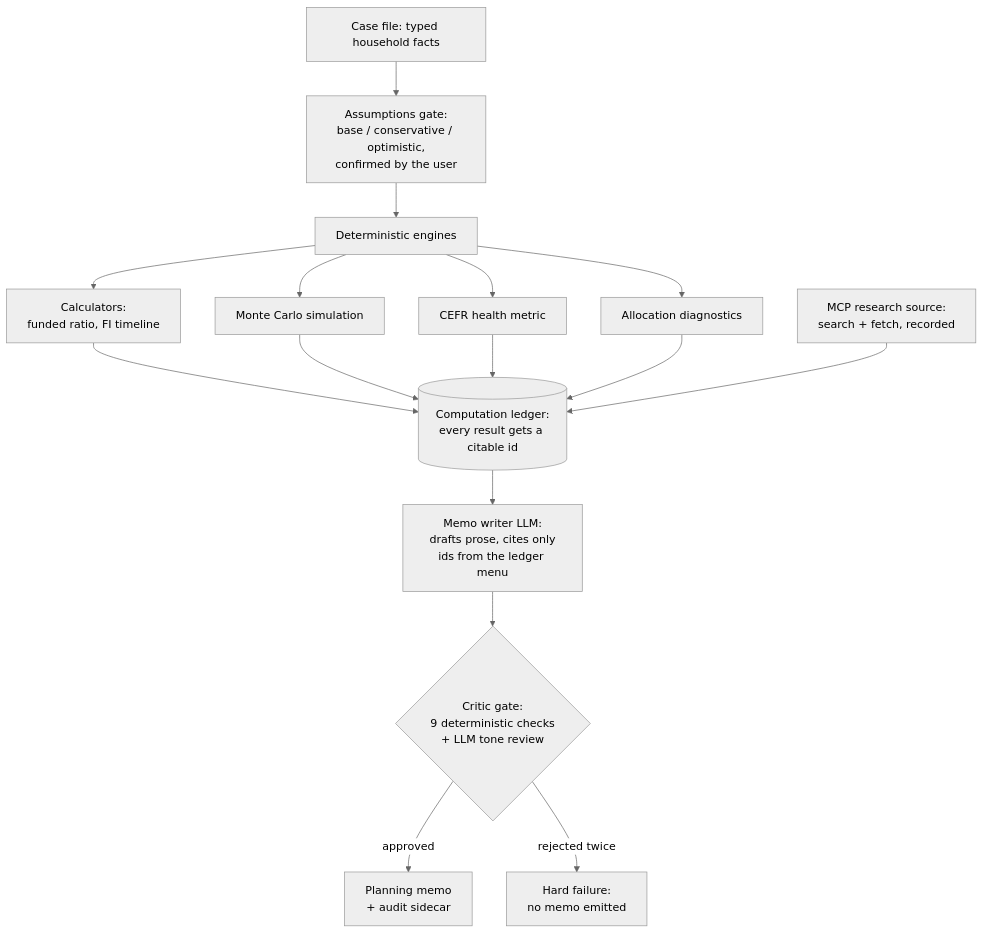
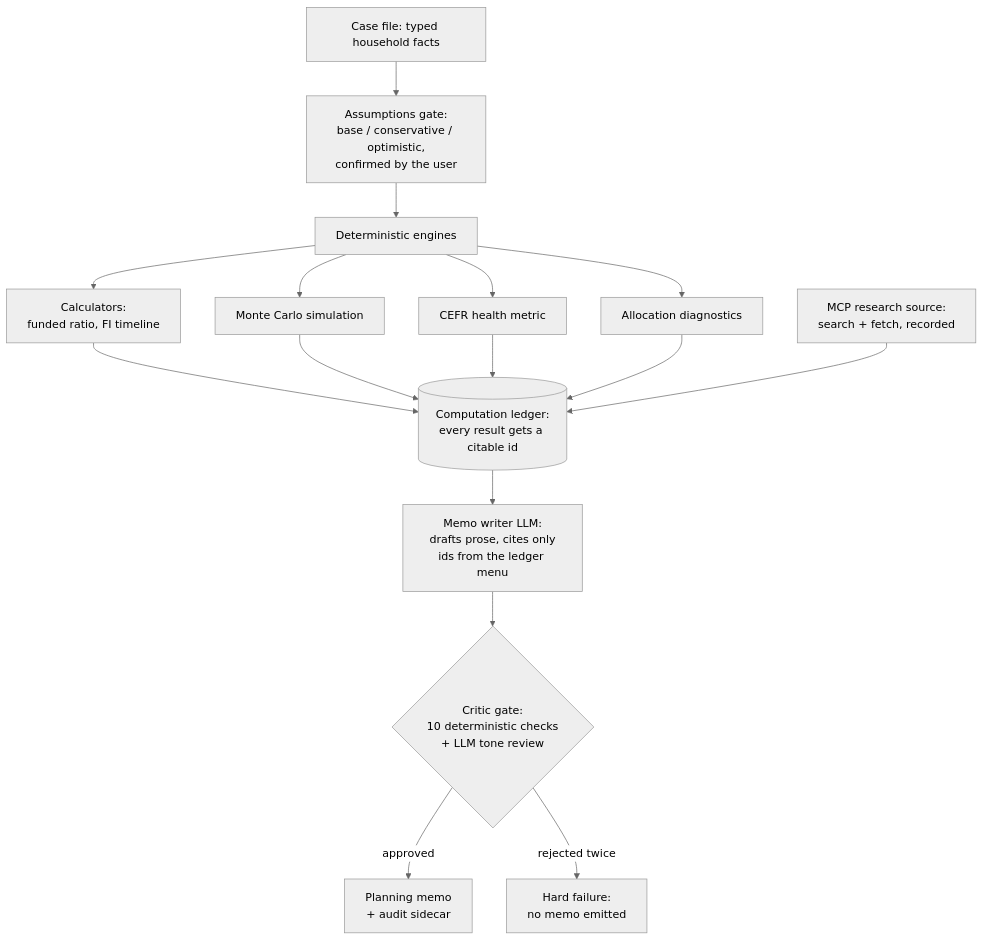
Before and after one commit to jman4162/agentic-financial-planner-lab: the diagram in README.md, drawn with Mermaid (neutral theme). The commit also changed other lines of this file and 10 other files, not shown here.

````diff
--- a/README.md
+++ b/README.md
@@ -21,18 +21,18 @@
 ```mermaid
 flowchart TD
     A[Case file: typed household facts] --> B[Assumptions gate:<br/>base / conservative / optimistic,<br/>confirmed by the user]
     B --> C[Deterministic engines]
     C --> C1[Calculators:<br/>funded ratio, FI timeline]
     C --> C2[Monte Carlo simulation]
     C --> C3[CEFR health metric]
     C --> C4[Allocation diagnostics]
     C1 --> D[(Computation ledger:<br/>every result gets a citable id)]
     C2 --> D
     C3 --> D
     C4 --> D
     E[MCP research source:<br/>search + fetch, recorded] --> D
     D --> F[Memo writer LLM:<br/>drafts prose, cites only<br/>ids from the ledger menu]
-    F --> G{Critic gate:<br/>9 deterministic checks<br/>+ LLM tone review}
+    F --> G{Critic gate:<br/>10 deterministic checks<br/>+ LLM tone review}
     G -- approved --> H[Planning memo<br/>+ audit sidecar]
     G -- rejected twice --> I[Hard failure:<br/>no memo emitted]
 ```
````
